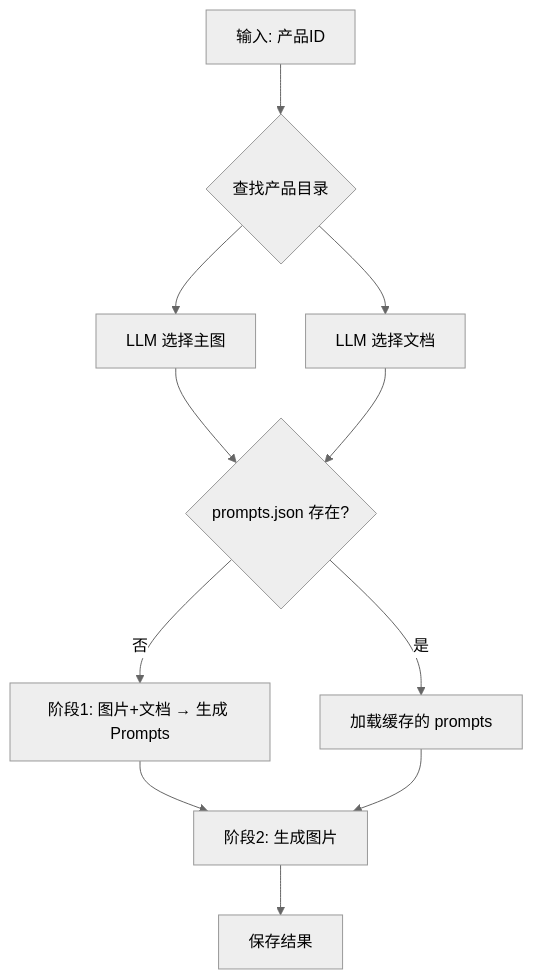
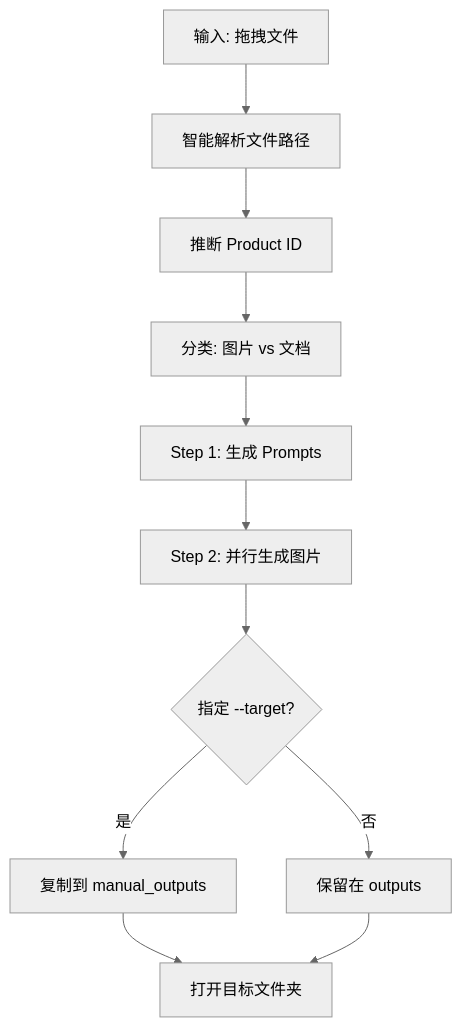
The diagram in README.md (SihanChen46/ecom), drawn with Mermaid (neutral theme) before and after one commit. The commit also changed other lines of this file and 135 other files, not shown here.

````diff
--- a/README.md
+++ b/README.md
@@ -33,13 +73,13 @@
 ```mermaid
 flowchart TD
-    A[输入: 产品ID] --> B{查找产品目录}
-    B --> C[LLM 选择主图]
-    B --> D[LLM 选择文档]
-    C --> E{prompts.json 存在?}
-    D --> E
-    E -->|否| F[阶段1: 图片+文档 → 生成 Prompts]
-    E -->|是| G[加载缓存的 prompts]
-    F --> H[阶段2: 生成图片]
-    G --> H
-    H --> I[保存结果]
+    A[输入: 拖拽文件] --> B[智能解析文件路径]
+    B --> C[推断 Product ID]
+    C --> D[分类: 图片 vs 文档]
+    D --> E[Step 1: 生成 Prompts]
+    E --> F[Step 2: 并行生成图片]
+    F --> G{指定 --target?}
+    G -->|是| H[复制到 manual_outputs]
+    G -->|否| I[保留在 outputs]
+    H --> J[打开目标文件夹]
+    I --> J
 ```
````
